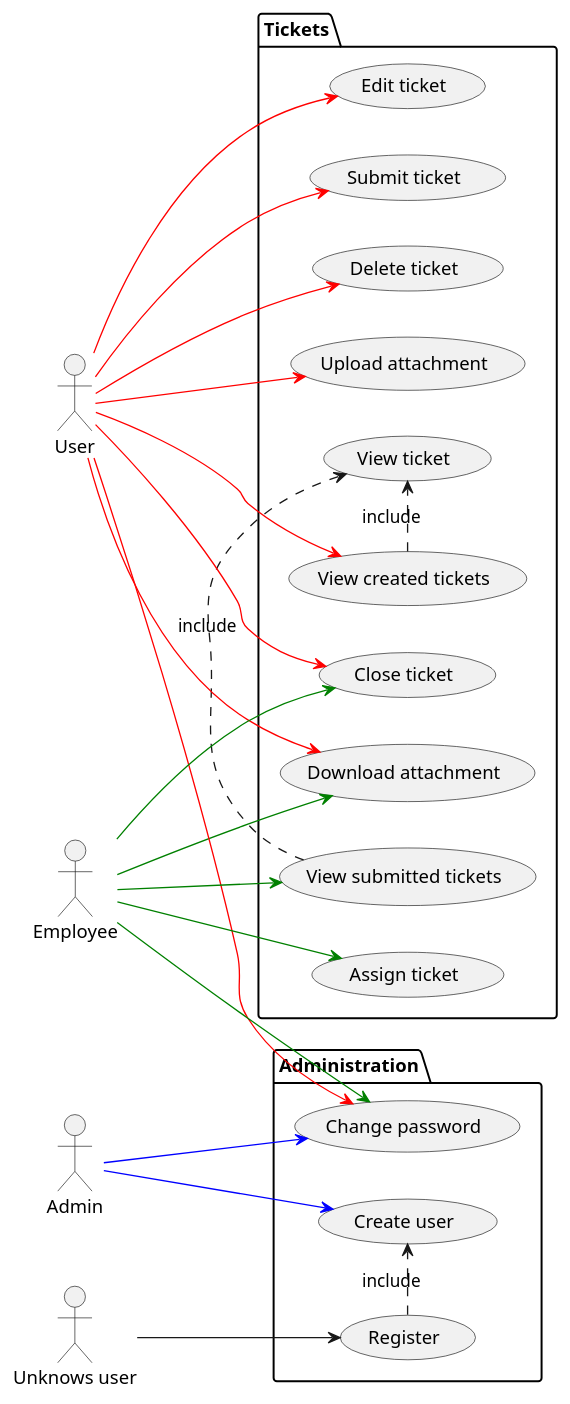
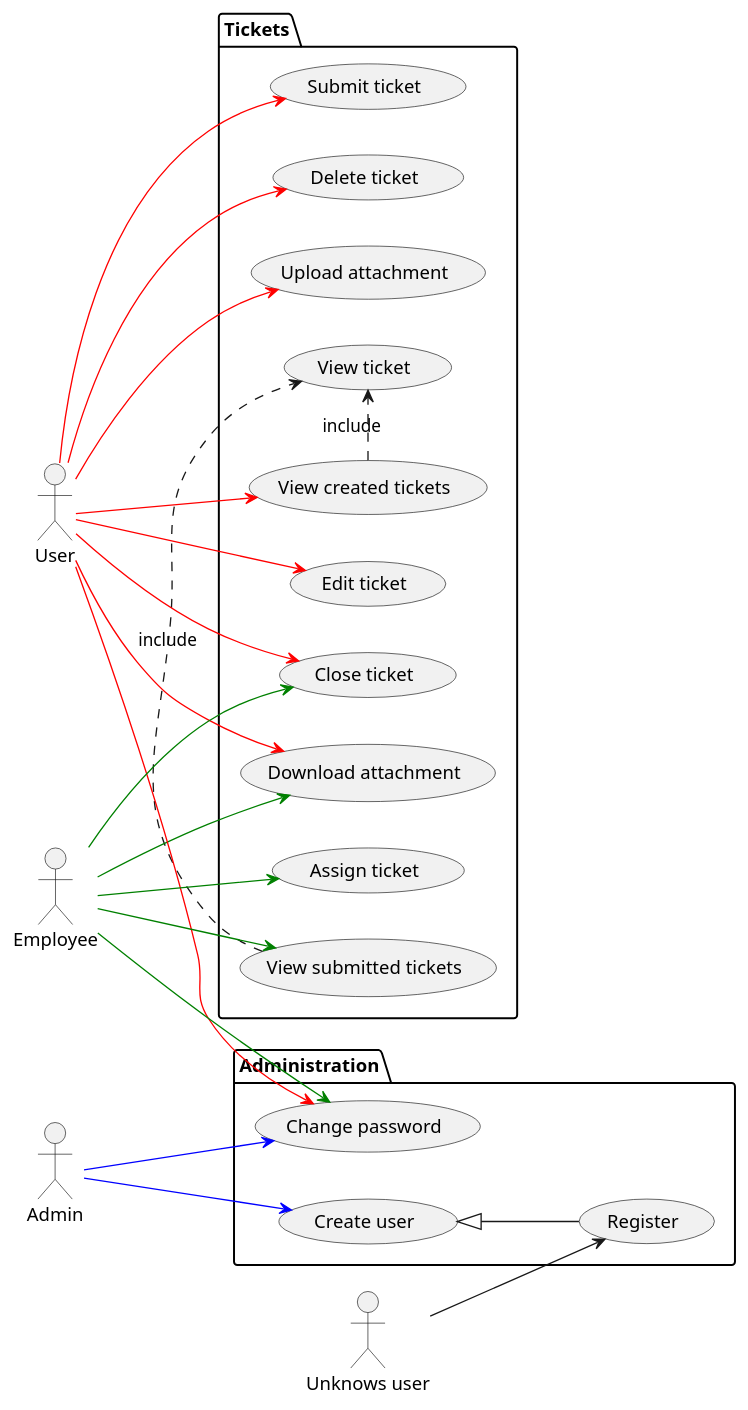
Before and after one commit to SoManyBisela/java-webserver: the diagram in docs/diagrams/use-case-diagram.puml, drawn with PlantUML.

Commit message:
closed ticket cannot be modified

```diff
--- a/docs/diagrams/use-case-diagram.puml
+++ b/docs/diagrams/use-case-diagram.puml
@@ -1,57 +1,57 @@
 @startuml
 'https://plantuml.com/use-case-diagram
 
 :Admin: as ADM
 :Unknows user: as UUSR
 :User: as USR
 :Employee: as EMP
 
 package "Tickets" {
     (View created tickets) as (VCT)
     (Create ticket) as (CT)
     (Edit ticket) as (ET)
     (Submit ticket) as (ST)
     (Delete ticket) as (DT)
     (Upload attachment) as (UA)
 
     (Download attachment) as (DA)
 
     (View submitted tickets) as (VST)
     (Assign ticket) as (AT)
     (Close ticket) as (CT)
 
     (View ticket) as (VT)
 
     (VCT) .> (VT):include
     (VST) .> (VT):include
 }
 
 package "Administration" {
     (Register) as (REG)
     (Create user) as (UCRT)
     (Change password) as (CP)
-    (REG) .> (UCRT):include
+    (UCRT) <|-- (REG)
 }
 
 left to right direction
 UUSR --> (REG)
 
 USR --> (VCT) #line:red
 USR --> (CT) #line:red
 USR --> (ET)#line:red
 USR --> (ST)#line:red
 USR --> (DT)#line:red
 USR --> (UA)#line:red
 
 USR --> (DA)#line:red
 EMP --> (DA)#line:green
 USR --> (CP)#line:red
 EMP --> (CP)#line:green
 
 EMP --> (VST)#line:green
 EMP --> (AT)#line:green
 EMP --> (CT)#line:green
 
 ADM --> (UCRT)#line:blue
 ADM --> (CP)#line:blue
 @enduml
```
